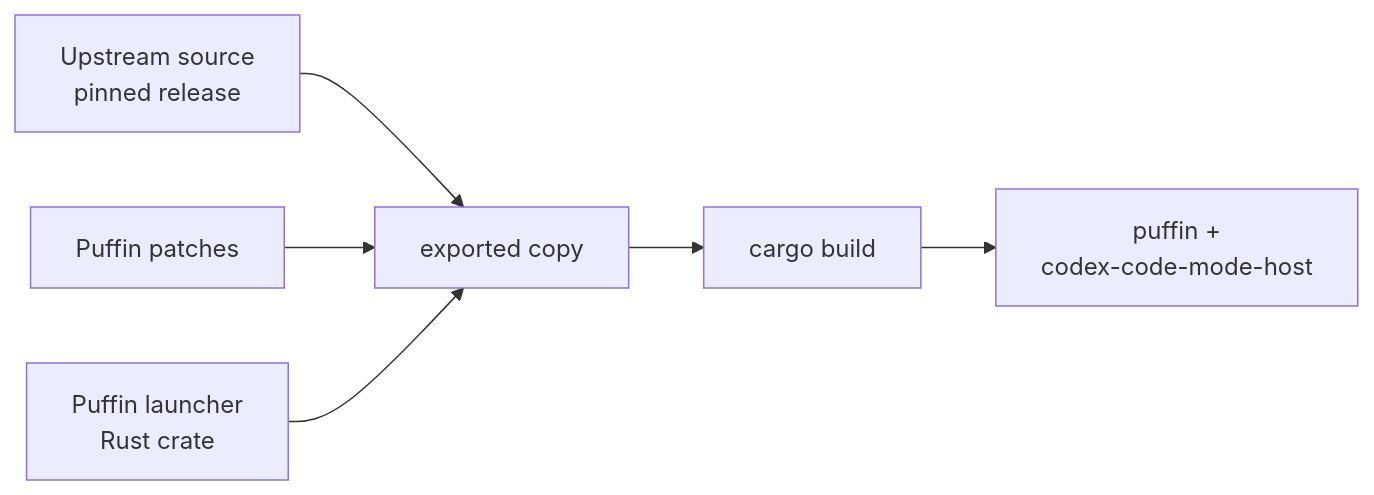
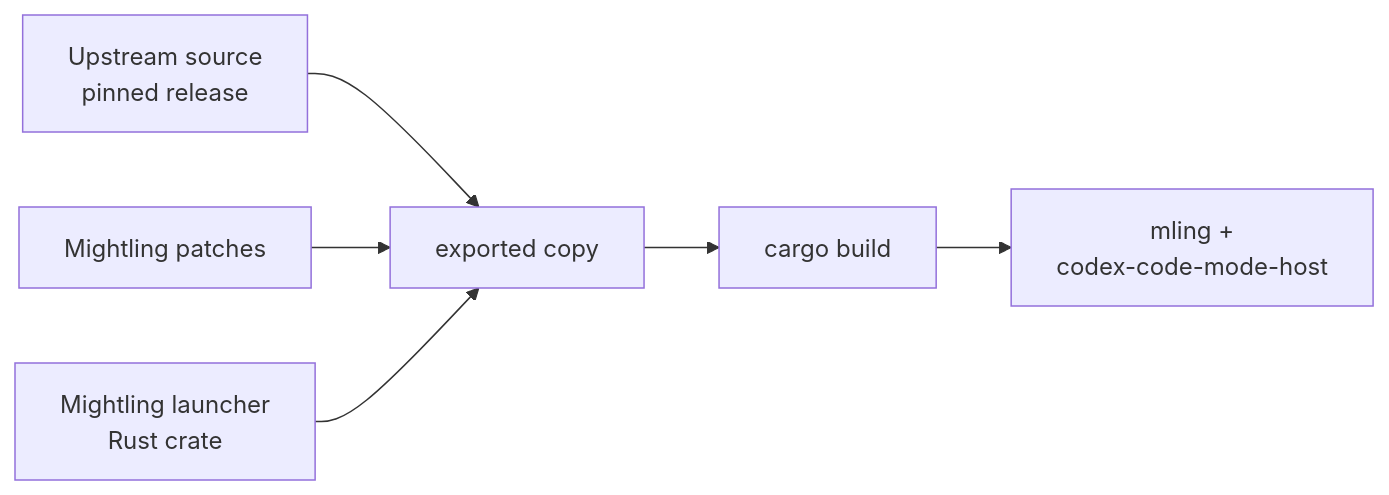
One commit to dreamference/mightling changed the second of 2 diagrams in docs/architecture.md. Above: the diagram before and after it, drawn with Mermaid. The commit also changed other lines of this file and 606 other files, not shown here.

Commit message:
Rename Puffin to Mightling: commands mling and mling-admin, home ~/.mightling, settings mightling_*, crates and folders mling-*, logos, docs and specs; the 1.4.x transition (puffin-* release assets, one-time migration in the launcher and in mling-admin)

````diff
--- a/docs/architecture.md
+++ b/docs/architecture.md
@@ -44,7 +44,7 @@
 ```mermaid
 flowchart LR
     C[Upstream source<br/>pinned release] --> E[exported copy]
-    P[Puffin patches] --> E
-    L[Puffin launcher<br/>Rust crate] --> E
-    E --> X[cargo build] --> Y[puffin +<br/>codex-code-mode-host]
+    P[Mightling patches] --> E
+    L[Mightling launcher<br/>Rust crate] --> E
+    E --> X[cargo build] --> Y[mling +<br/>codex-code-mode-host]
 ```
````
